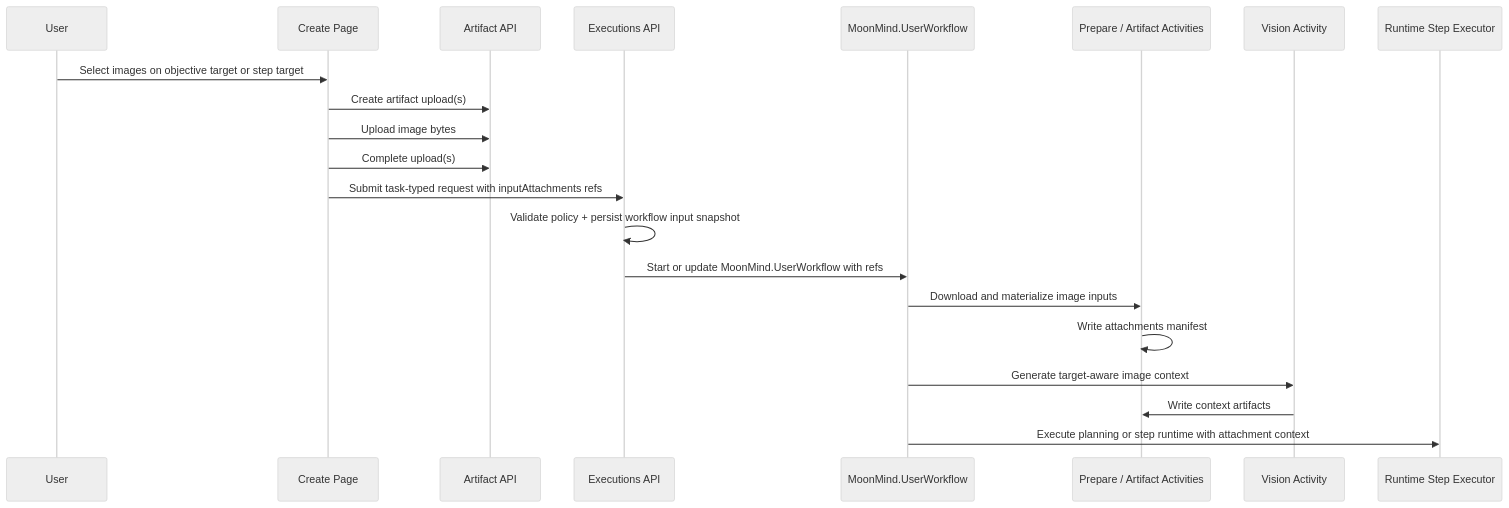
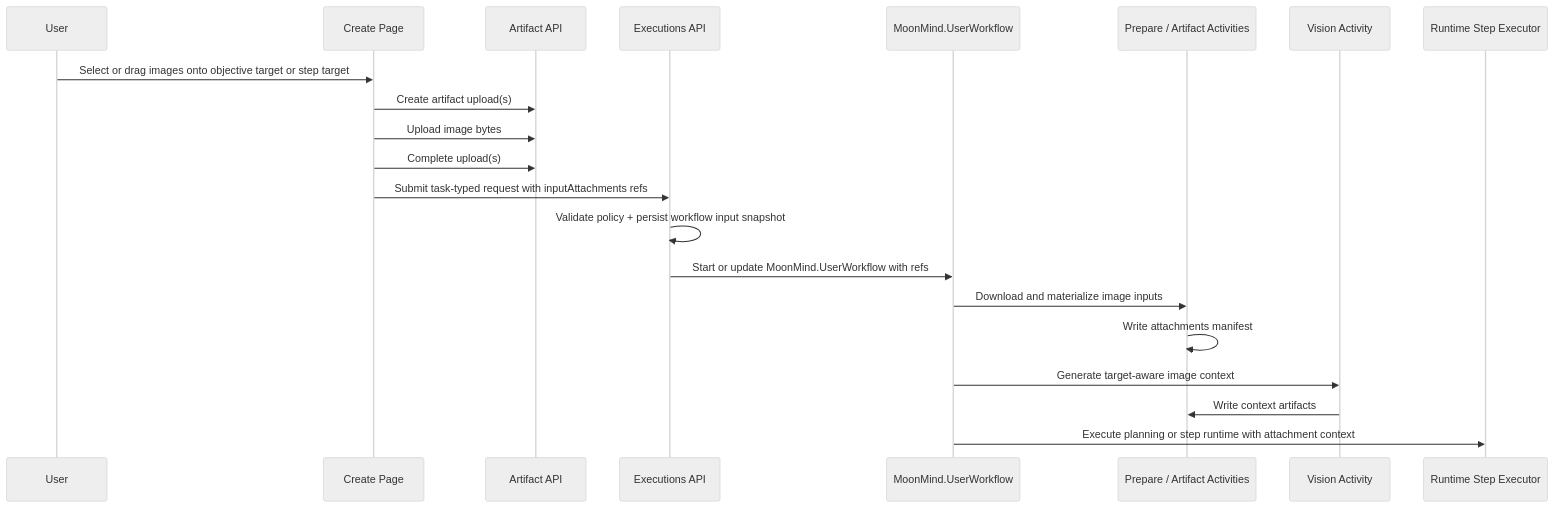
One commit to MoonLadderStudios/MoonMind changed the diagram in docs/Workflows/ImageSystem.md. Above: the diagram before and after it, drawn with Mermaid (neutral theme). The commit also changed other lines of this file and 10 other files, not shown here.

First line of the commit message:
feat(create): chromeless skill chevron, drag-drop step attachments, image thumbnails

````diff
--- a/docs/Workflows/ImageSystem.md
+++ b/docs/Workflows/ImageSystem.md
@@ -98,24 +98,24 @@
 ```mermaid
 sequenceDiagram
     participant U as User
     participant C as Create Page
     participant A as Artifact API
     participant E as Executions API
     participant W as MoonMind.UserWorkflow
     participant P as Prepare / Artifact Activities
     participant V as Vision Activity
     participant R as Runtime Step Executor
 
-    U->>C: Select images on objective target or step target
+    U->>C: Select or drag images onto objective target or step target
     C->>A: Create artifact upload(s)
     C->>A: Upload image bytes
     C->>A: Complete upload(s)
     C->>E: Submit task-typed request with inputAttachments refs
     E->>E: Validate policy + persist workflow input snapshot
     E->>W: Start or update MoonMind.UserWorkflow with refs
     W->>P: Download and materialize image inputs
     P->>P: Write attachments manifest
     W->>V: Generate target-aware image context
     V->>P: Write context artifacts
     W->>R: Execute planning or step runtime with attachment context
 ```
````
